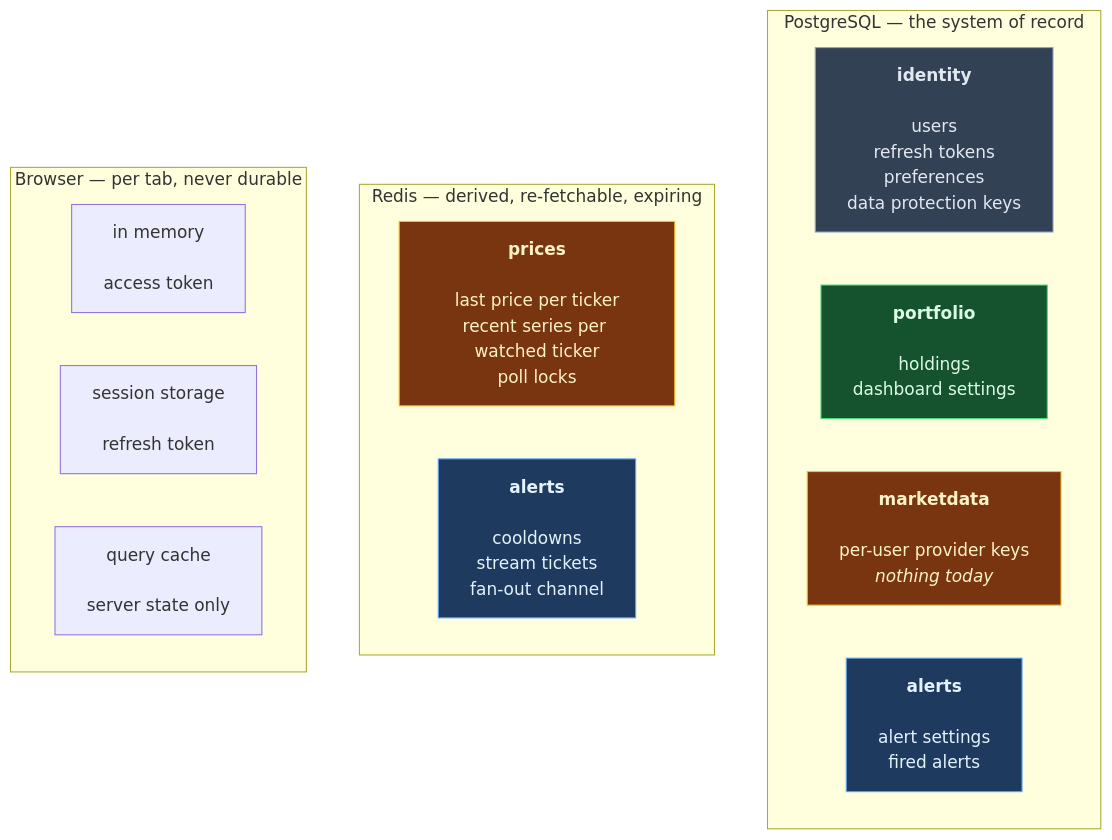
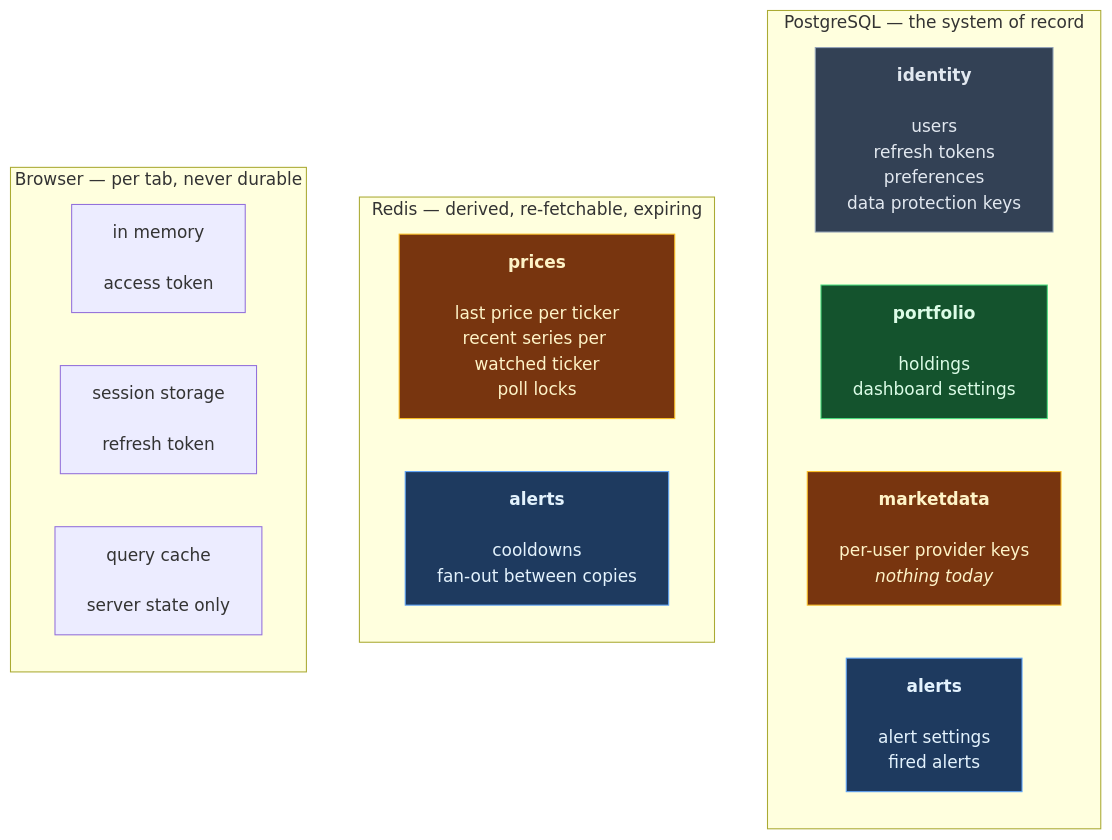
One commit to Dilicidum/StockPortfolio changed the second of 2 diagrams in docs/reference/module-boundaries.md. Above: the diagram before and after it, drawn with Mermaid. The commit also changed 529 other files, not shown here.

````diff
--- a/docs/reference/module-boundaries.md
+++ b/docs/reference/module-boundaries.md
@@ -251,30 +251,30 @@
 ```mermaid
 flowchart TB
     subgraph PG["PostgreSQL — the system of record"]
         direction LR
         P1["<b>identity</b><br/><br/>users<br/>refresh tokens<br/>preferences<br/>data protection keys"]
         P2["<b>portfolio</b><br/><br/>holdings<br/>dashboard settings"]
         P3["<b>marketdata</b><br/><br/>per-user provider keys<br/><i>nothing today</i>"]
         P4["<b>alerts</b><br/><br/>alert settings<br/>fired alerts"]
     end
 
     subgraph RD["Redis — derived, re-fetchable, expiring"]
         direction LR
         R1["<b>prices</b><br/><br/>last price per ticker<br/>recent series per watched ticker<br/>poll locks"]
-        R2["<b>alerts</b><br/><br/>cooldowns<br/>stream tickets<br/>fan-out channel"]
+        R2["<b>alerts</b><br/><br/>cooldowns<br/>fan-out between copies"]
     end
 
     subgraph BR["Browser — per tab, never durable"]
         direction LR
         B1["in memory<br/><br/>access token"]
         B2["session storage<br/><br/>refresh token"]
         B3["query cache<br/><br/>server state only"]
     end
 
     style P2 fill:#14532d,stroke:#4ade80,color:#dcfce7
     style P4 fill:#1e3a5f,stroke:#60a5fa,color:#e3f2fd
     style P3 fill:#78350f,stroke:#fbbf24,color:#fef3c7
     style P1 fill:#334155,stroke:#94a3b8,color:#e2e8f0
     style R2 fill:#1e3a5f,stroke:#60a5fa,color:#e3f2fd
     style R1 fill:#78350f,stroke:#fbbf24,color:#fef3c7
 ```
````
